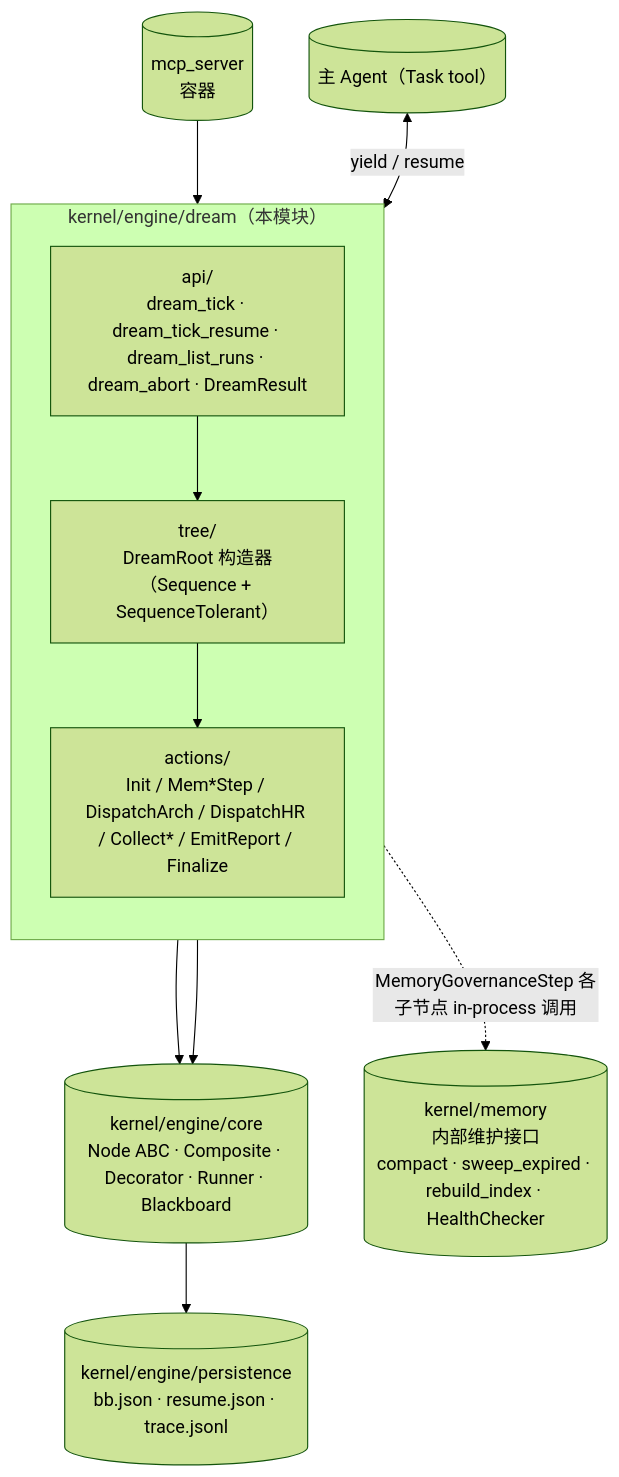
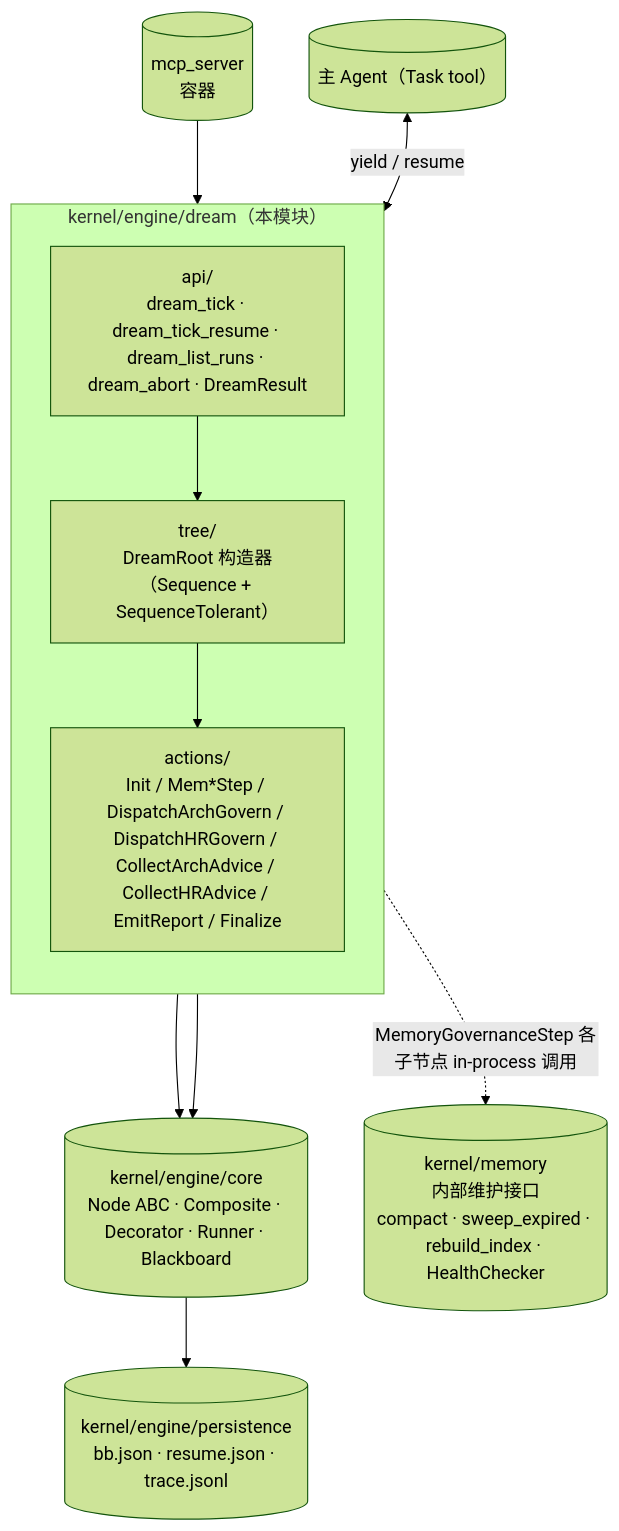
One commit to nan023062/agent-team-cc changed the diagram in v1/kernel/engine/dream/.dna/module.md. Above: the diagram before and after it, drawn with Mermaid (forest theme). The commit also changed other lines of this file and 34 other files, not shown here.

````diff
--- a/v1/kernel/engine/dream/.dna/module.md
+++ b/v1/kernel/engine/dream/.dna/module.md
@@ -33,24 +33,24 @@
 ```mermaid
 flowchart TB
     subgraph DREAM["kernel/engine/dream（本模块）"]
         direction TB
         Tree["tree/<br/>DreamRoot 构造器（Sequence + SequenceTolerant）"]
-        Actions["actions/<br/>Init / Mem*Step / DispatchArch / DispatchHR / Collect* / EmitReport / Finalize"]
+        Actions["actions/<br/>Init / Mem*Step / DispatchArchGovern / DispatchHRGovern / CollectArchAdvice / CollectHRAdvice / EmitReport / Finalize"]
         Api["api/<br/>dream_tick · dream_tick_resume · dream_list_runs · dream_abort · DreamResult"]
     end
 
     Core[("kernel/engine/core<br/>Node ABC · Composite · Decorator · Runner · Blackboard")]
     Persist[("kernel/engine/persistence<br/>bb.json · resume.json · trace.jsonl")]
     MainAgent[("主 Agent（Task tool）")]
     Memory[("kernel/memory<br/>内部维护接口<br/>compact · sweep_expired · rebuild_index · HealthChecker")]
     MCP[("mcp_server<br/>容器")]
 
     MCP --> Api
     MainAgent <-->|yield / resume| Api
     Api --> Tree
     Tree --> Core
     Tree --> Actions
     Actions --> Core
     Core --> Persist
     Actions -.->|MemoryGovernanceStep 各子节点 in-process 调用| Memory
 ```
````
